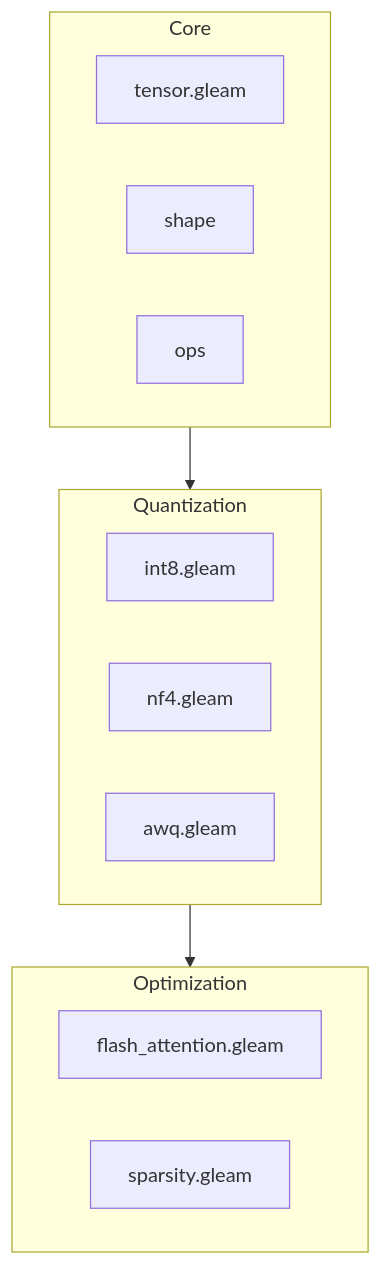
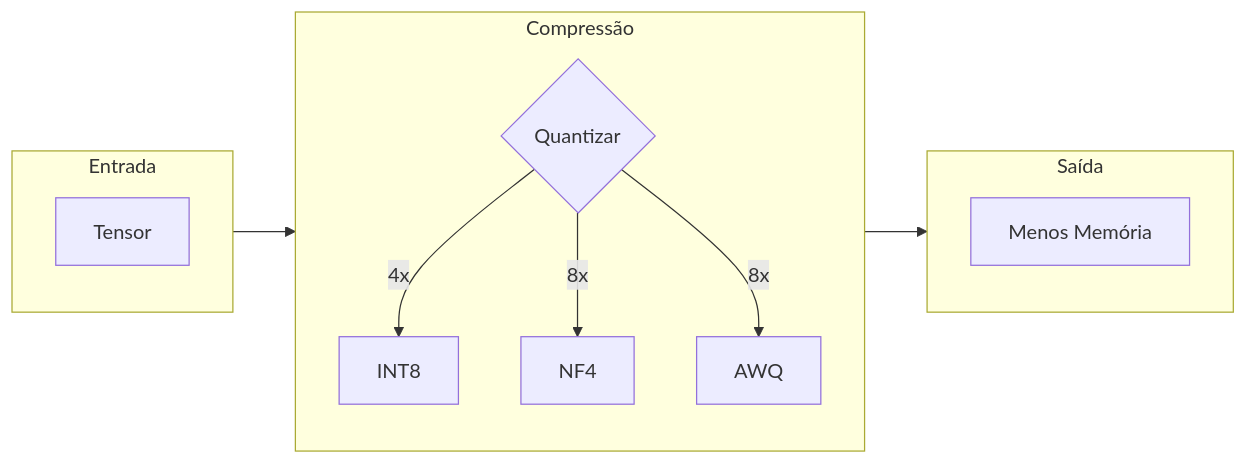
Before and after one commit to gabrielmaialva33/viva_tensor: the second of 2 diagrams in docs/pt-br/README.md, drawn with Mermaid. The commit also changed other lines of this file and 25 other files, not shown here.

````diff
--- a/docs/pt-br/README.md
+++ b/docs/pt-br/README.md
@@ -39,22 +23,19 @@
 ```mermaid
-graph TB
-    subgraph Core
-        T[tensor.gleam]
-        S[shape]
-        O[ops]
+flowchart LR
+    subgraph In["Entrada"]
+        T[Tensor]
     end
 
-    subgraph Quantization
-        I[int8.gleam]
-        N[nf4.gleam]
-        A[awq.gleam]
+    subgraph Compress["Compressão"]
+        Q{Quantizar}
+        Q -->|4x| I8[INT8]
+        Q -->|8x| N4[NF4]
+        Q -->|8x| AW[AWQ]
     end
 
-    subgraph Optimization
-        F[flash_attention.gleam]
-        P[sparsity.gleam]
+    subgraph Out["Saída"]
+        M[Menos Memória]
     end
 
-    Core --> Quantization
-    Quantization --> Optimization
+    In --> Compress --> Out
 ```
````
